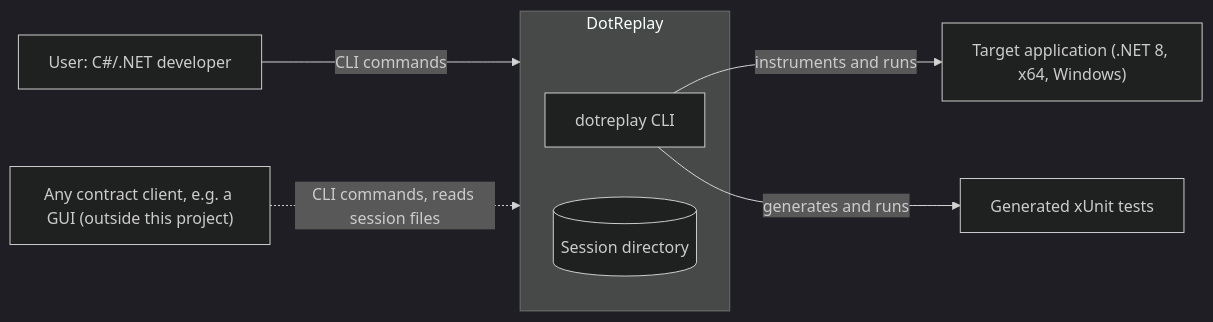
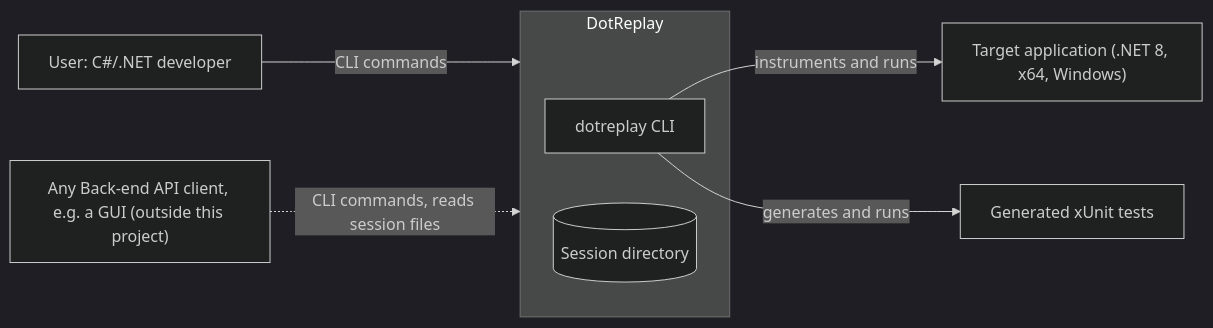
One commit to JaromirProchazka/DotReplay changed the first of 2 diagrams in doc/architecture/architecture.md. Above: the diagram before and after it, drawn with Mermaid (dark theme). The commit also changed other lines of this file and 16 other files, not shown here.

````diff
--- a/doc/architecture/architecture.md
+++ b/doc/architecture/architecture.md
@@ -25,11 +25,11 @@
 ```mermaid
 flowchart LR
   DEV["User: C#/.NET developer"] -- "CLI commands" --> SYS
-  CLIENT["Any contract client, e.g. a GUI (outside this project)"] -. "CLI commands, reads session files" .-> SYS
+  CLIENT["Any Back-end API client, e.g. a GUI (outside this project)"] -. "CLI commands, reads session files" .-> SYS
   subgraph SYS["DotReplay"]
     CLI["dotreplay CLI"]
     MODEL[("Session directory")]
   end
   CLI -- "instruments and runs" --> APP["Target application (.NET 8, x64, Windows)"]
   CLI -- "generates and runs" --> TESTS["Generated xUnit tests"]
 ```
````
